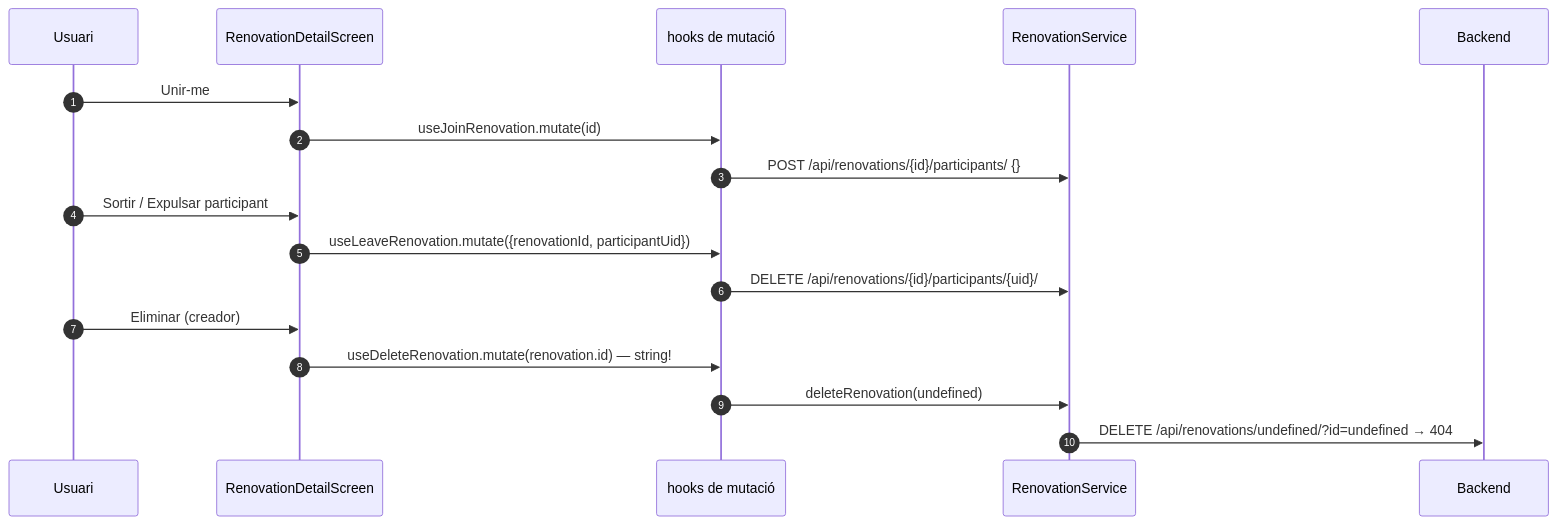
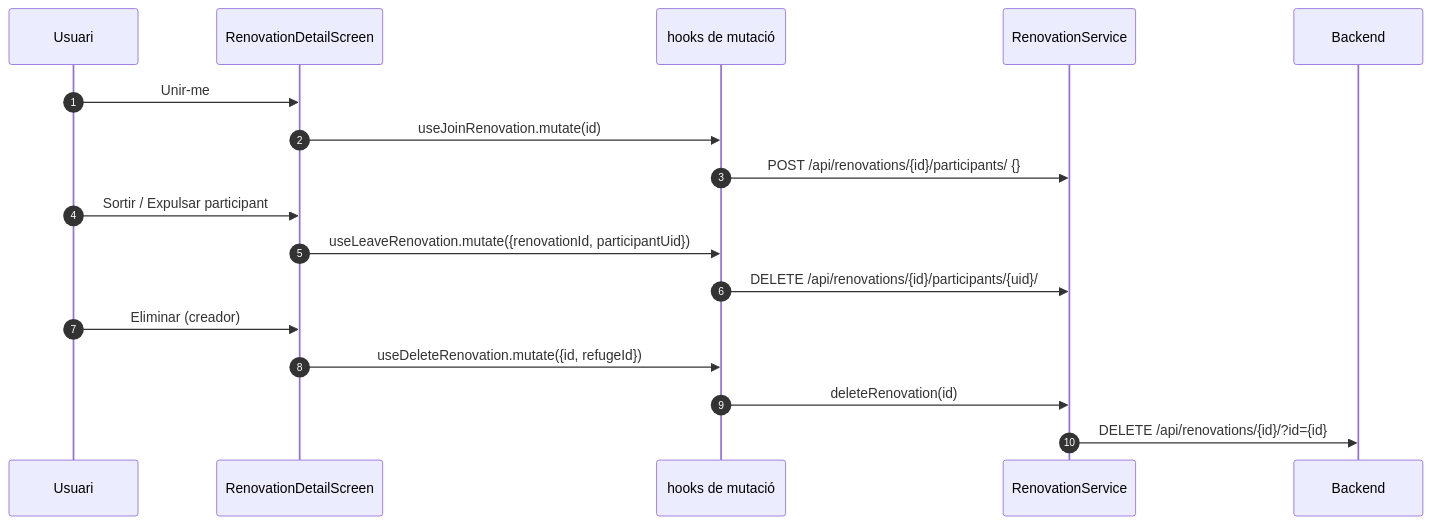
Before and after one commit to jordirev/RefugisLliures_Frontend: the second of 2 diagrams in docs/flows/06-renovations.md, drawn with Mermaid. The commit also changed other lines of this file and 4 other files, not shown here.

````diff
--- a/docs/flows/06-renovations.md
+++ b/docs/flows/06-renovations.md
@@ -51,20 +51,20 @@
 ```mermaid
 sequenceDiagram
     autonumber
     participant U as Usuari
     participant RD as RenovationDetailScreen
     participant H as hooks de mutació
     participant S as RenovationService
     participant BE as Backend
 
     U->>RD: Unir-me
     RD->>H: useJoinRenovation.mutate(id)
     H->>S: POST /api/renovations/{id}/participants/ {}
     U->>RD: Sortir / Expulsar participant
     RD->>H: useLeaveRenovation.mutate({renovationId, participantUid})
     H->>S: DELETE /api/renovations/{id}/participants/{uid}/
     U->>RD: Eliminar (creador)
-    RD->>H: useDeleteRenovation.mutate(renovation.id) — string!
-    H->>S: deleteRenovation(undefined)
-    S->>BE: DELETE /api/renovations/undefined/?id=undefined → 404
+    RD->>H: useDeleteRenovation.mutate({id, refugeId})
+    H->>S: deleteRenovation(id)
+    S->>BE: DELETE /api/renovations/{id}/?id={id}
 ```
````
